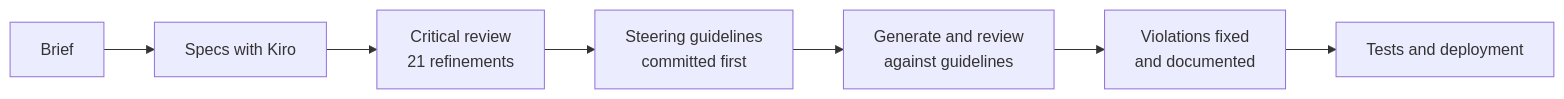
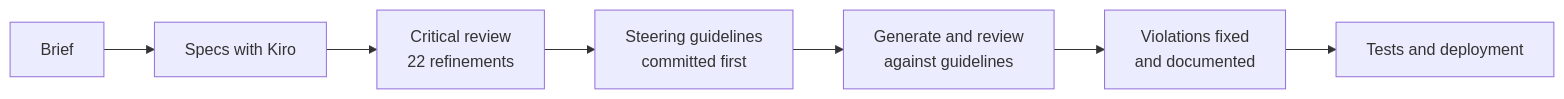
Before and after one commit to Revou-FSSE-Jun26/module-4-jimWilliam: the second of 2 diagrams in README.md, drawn with Mermaid. The commit also changed other lines of this file and 27 other files, not shown here.

````diff
--- a/README.md
+++ b/README.md
@@ -230,4 +230,4 @@
 ```mermaid
 flowchart LR
-    A[Brief] --> B[Specs with Kiro] --> C[Critical review<br/>21 refinements] --> D[Steering guidelines<br/>committed first] --> E[Generate and review<br/>against guidelines] --> F[Violations fixed<br/>and documented] --> G[Tests and deployment]
+    A[Brief] --> B[Specs with Kiro] --> C[Critical review<br/>22 refinements] --> D[Steering guidelines<br/>committed first] --> E[Generate and review<br/>against guidelines] --> F[Violations fixed<br/>and documented] --> G[Tests and deployment]
 ```
````
